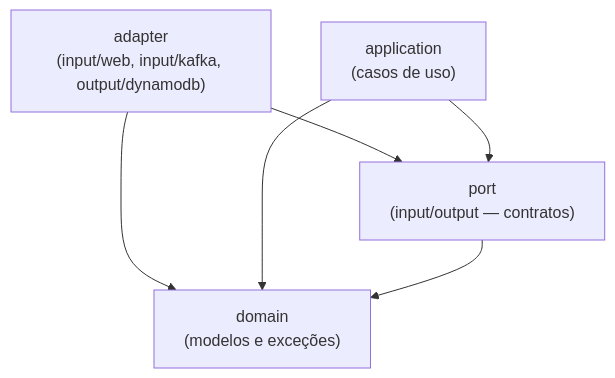
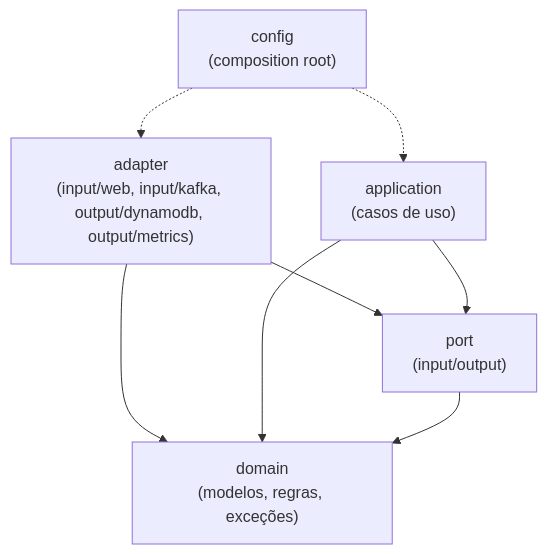
One commit to Ihury/itau-desafio-backend-kotlin-senior changed the first of 2 diagrams in README.md. Above: the diagram before and after it, drawn with Mermaid. The commit also changed other lines of this file and 1 other file, not shown here.

````diff
--- a/README.md
+++ b/README.md
@@ -57,13 +167,15 @@
 ```mermaid
 graph TD
-    Adapter["adapter<br/>(input/web, input/kafka, output/dynamodb)"]
+    Adapter["adapter<br/>(input/web, input/kafka, output/dynamodb, output/metrics)"]
     Application["application<br/>(casos de uso)"]
-    Port["port<br/>(input/output — contratos)"]
-    Domain["domain<br/>(modelos e exceções)"]
-
+    Port["port<br/>(input/output)"]
+    Domain["domain<br/>(modelos, regras, exceções)"]
+    Config["config<br/>(composition root)"]
     Adapter --> Port
     Adapter --> Domain
     Application --> Port
     Application --> Domain
     Port --> Domain
+    Config -.-> Adapter
+    Config -.-> Application
 ```
````
